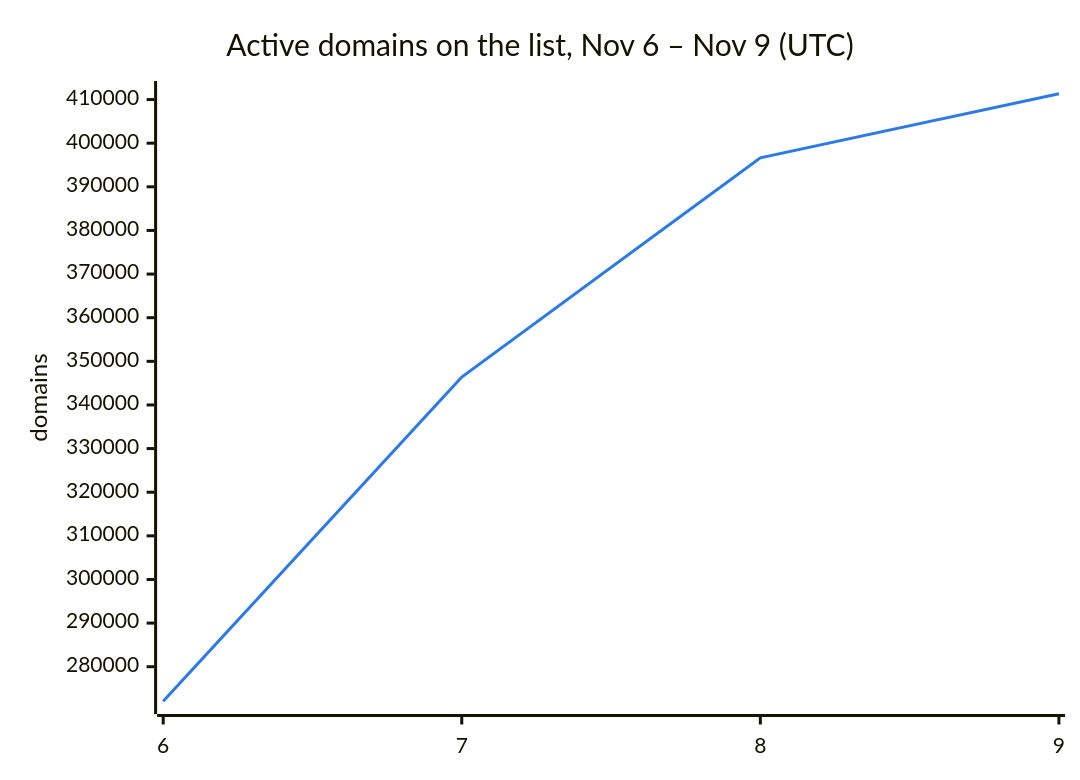
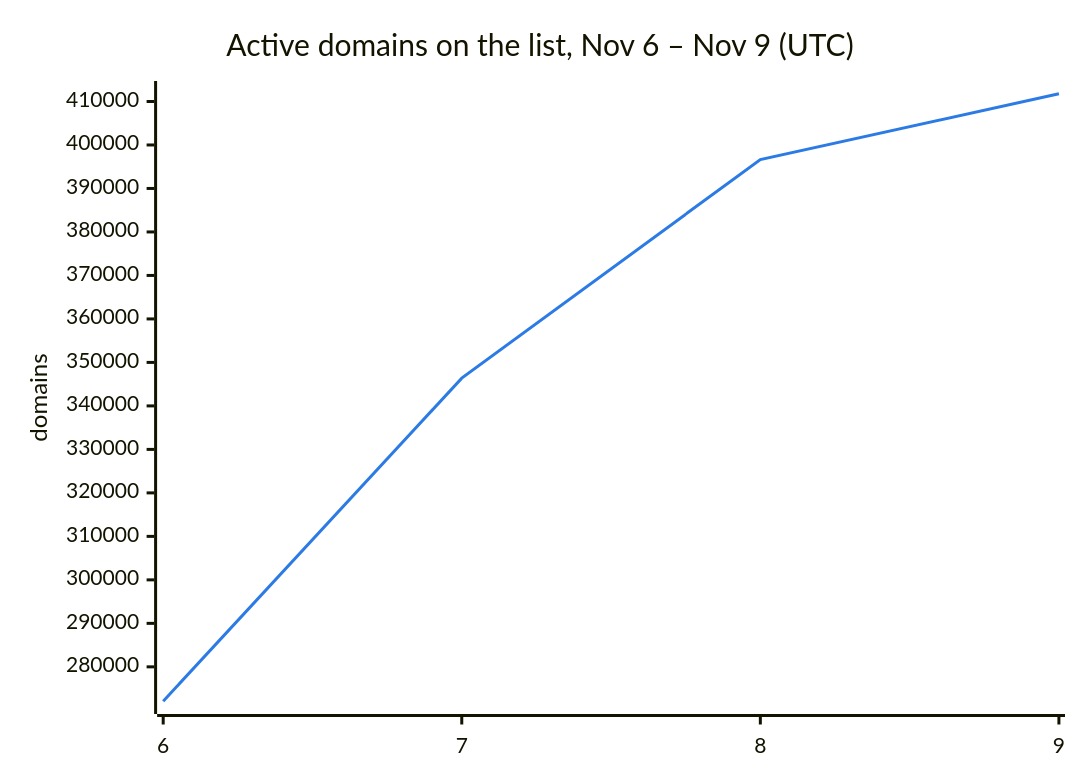
Before and after one commit to DNSBunker/CTI: the second of 3 diagrams in README.md, drawn with Mermaid. The commit also changed other lines of this file and 3 other files, not shown here.

````diff
--- a/README.md
+++ b/README.md
@@ -38,8 +38,8 @@
 ```mermaid
 %%{init: {"themeVariables": {"xyChart": {"plotColorPalette": "#2c7be5"}}}}%%
 xychart-beta
     title "Active domains on the list, Nov 6 – Nov 9 (UTC)"
     x-axis ["6", "7", "8", "9"]
     y-axis "domains"
-    line [272088, 346388, 396638, 411330]
+    line [272088, 346388, 396638, 411778]
 ```
````
